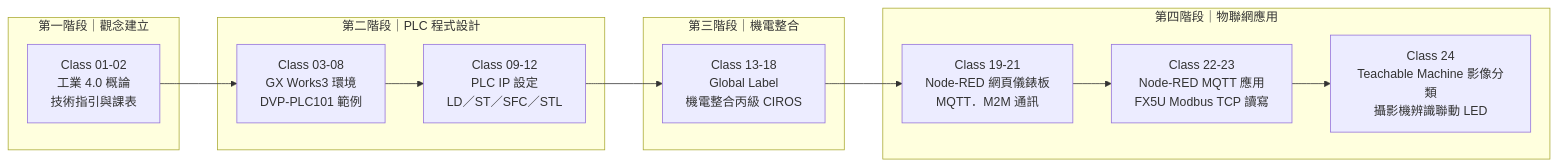
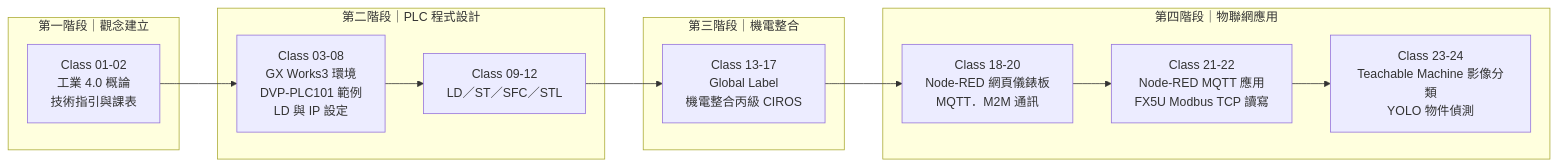
Before and after one commit to yd7148/INDUSTRY-4.0: the first of 6 diagrams in README.md, drawn with Mermaid. The commit also changed other lines of this file and 447 other files, not shown here.

````diff
--- a/README.md
+++ b/README.md
@@ -22,19 +22,19 @@
 ```mermaid
 flowchart LR
     subgraph P1["第一階段｜觀念建立"]
         A1["Class 01-02<br/>工業 4.0 概論<br/>技術指引與課表"]
     end
     subgraph P2["第二階段｜PLC 程式設計"]
-        B1["Class 03-08<br/>GX Works3 環境<br/>DVP-PLC101 範例"]
-        B2["Class 09-12<br/>PLC IP 設定<br/>LD／ST／SFC／STL"]
+        B1["Class 03-08<br/>GX Works3 環境<br/>DVP-PLC101 範例<br/>LD 與 IP 設定"]
+        B2["Class 09-12<br/>LD／ST／SFC／STL"]
     end
     subgraph P3["第三階段｜機電整合"]
-        C1["Class 13-18<br/>Global Label<br/>機電整合丙級 CIROS"]
+        C1["Class 13-17<br/>Global Label<br/>機電整合丙級 CIROS"]
     end
     subgraph P4["第四階段｜物聯網應用"]
-        D1["Class 19-21<br/>Node-RED 網頁儀錶板<br/>MQTT．M2M 通訊"]
-        D2["Class 22-23<br/>Node-RED MQTT 應用<br/>FX5U Modbus TCP 讀寫"]
-        D3["Class 24<br/>Teachable Machine 影像分類<br/>攝影機辨識聯動 LED"]
+        D1["Class 18-20<br/>Node-RED 網頁儀錶板<br/>MQTT．M2M 通訊"]
+        D2["Class 21-22<br/>Node-RED MQTT 應用<br/>FX5U Modbus TCP 讀寫"]
+        D3["Class 23-24<br/>Teachable Machine 影像分類<br/>YOLO 物件偵測"]
     end
     A1 --> B1 --> B2 --> C1 --> D1 --> D2 --> D3
 ```
````
